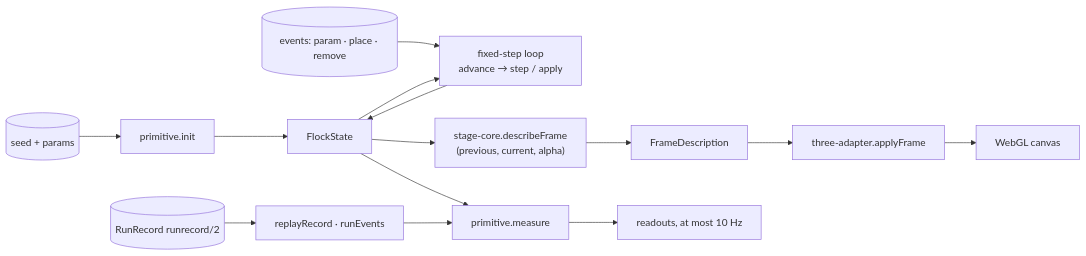
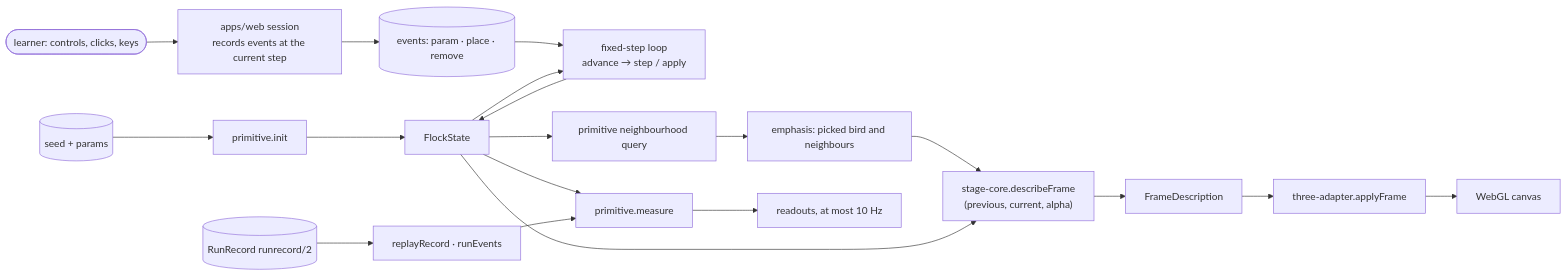
One commit to ritwiz06/PaperPlay changed the second of 2 diagrams in docs/architecture.md. Above: the diagram before and after it, drawn with Mermaid. The commit also changed other lines of this file and 9 other files, not shown here.

````diff
--- a/docs/architecture.md
+++ b/docs/architecture.md
@@ -57,16 +65,21 @@
 ```mermaid
 flowchart LR
   seed[("seed + params")] --> init["primitive.init"]
   init --> state["FlockState"]
-  events[("events: param · place · remove")] --> loop
+  learner(["learner: controls, clicks, keys"]) --> session["apps/web session<br/>records events at the current step"]
+  session --> events[("events: param · place · remove")]
+  events --> loop
   state --> loop["fixed-step loop<br/>advance → step / apply"]
   loop --> state
+  state --> query["primitive neighbourhood query"]
+  query --> emphasis["emphasis: picked bird and neighbours"]
+  emphasis --> describe
   state --> describe["stage-core.describeFrame<br/>(previous, current, alpha)"]
   describe --> frame["FrameDescription"]
   frame --> apply["three-adapter.applyFrame"]
   apply --> canvas["WebGL canvas"]
   state --> measure["primitive.measure"]
   measure --> readouts["readouts, at most 10 Hz"]
   record[("RunRecord runrecord/2")] --> replay["replayRecord · runEvents"]
   replay --> measure
 ```
````
